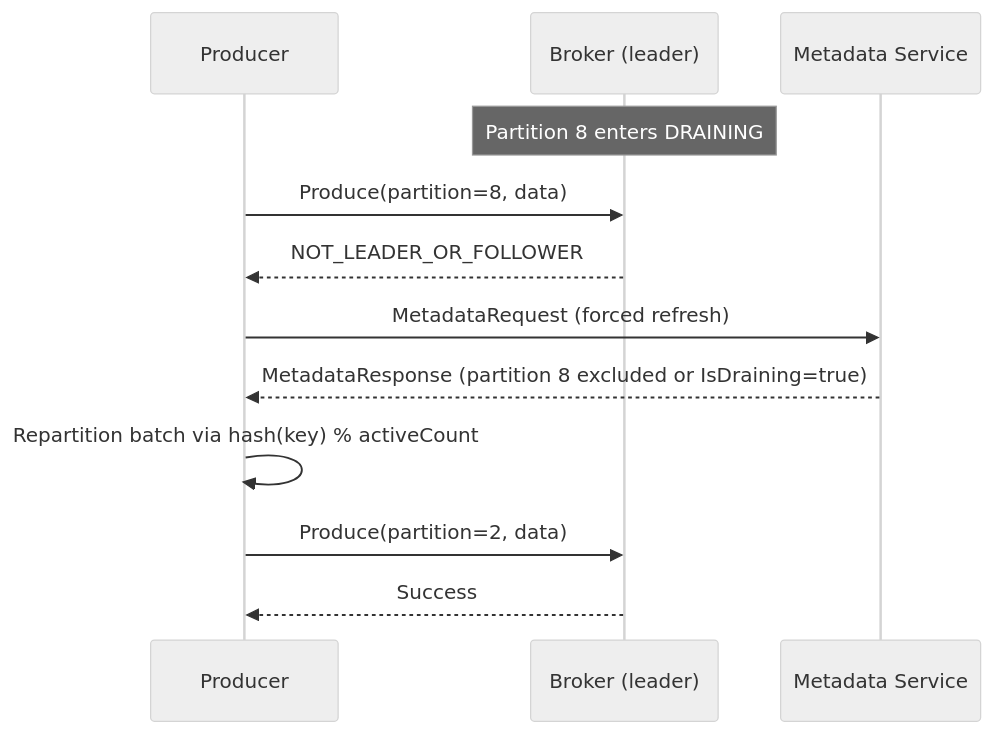
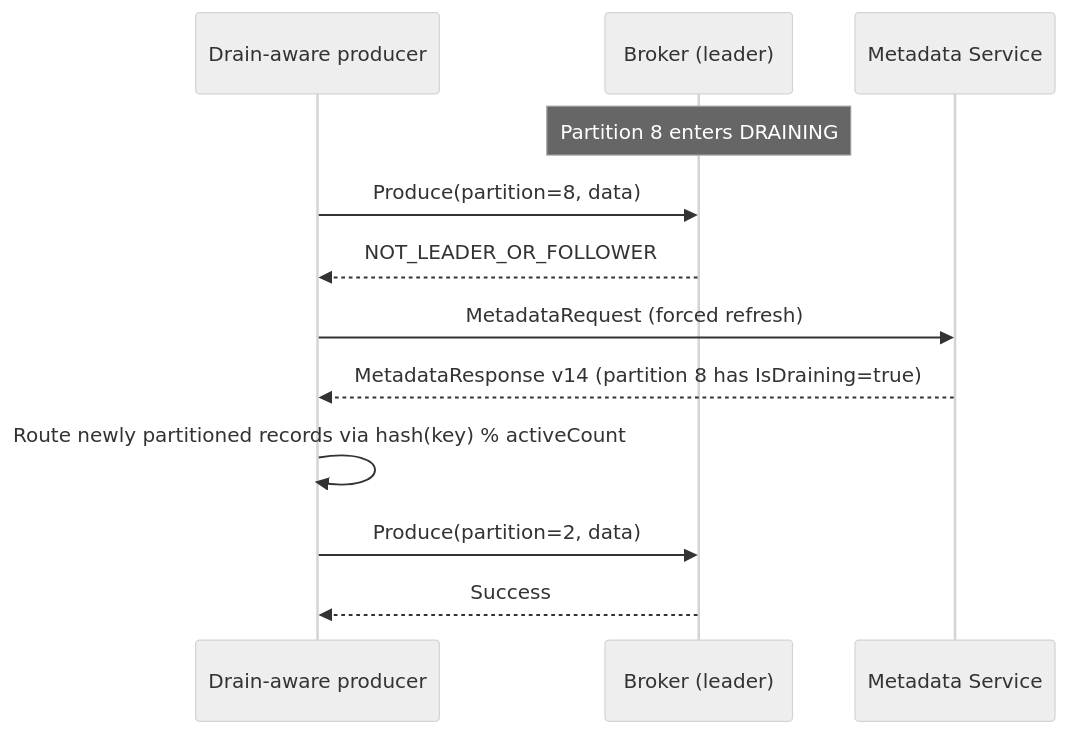
The sixth of 11 diagrams in docs/superpowers/specs/2026-07-15-delete-partitions-design.md (m1a2st/kafka), drawn with Mermaid (neutral theme) before and after one commit. The commit also changed other lines of this file and 11 other files, not shown here.

First line of the commit message:
MINOR: Preserve draining metadata and client routing state

````diff
--- a/docs/superpowers/specs/2026-07-15-delete-partitions-design.md
+++ b/docs/superpowers/specs/2026-07-15-delete-partitions-design.md
@@ -926,15 +926,15 @@
 ```mermaid
 sequenceDiagram
-    participant Producer as Producer
+    participant Producer as Drain-aware producer
     participant Broker as Broker (leader)
     participant Meta as Metadata Service
 
     Note over Broker: Partition 8 enters DRAINING
     Producer->>Broker: Produce(partition=8, data)
     Broker-->>Producer: NOT_LEADER_OR_FOLLOWER
     Producer->>Meta: MetadataRequest (forced refresh)
-    Meta-->>Producer: MetadataResponse (partition 8 excluded or IsDraining=true)
-    Producer->>Producer: Repartition batch via hash(key) % activeCount
+    Meta-->>Producer: MetadataResponse v14 (partition 8 has IsDraining=true)
+    Producer->>Producer: Route newly partitioned records via hash(key) % activeCount
     Producer->>Broker: Produce(partition=2, data)
     Broker-->>Producer: Success
 ```
````
